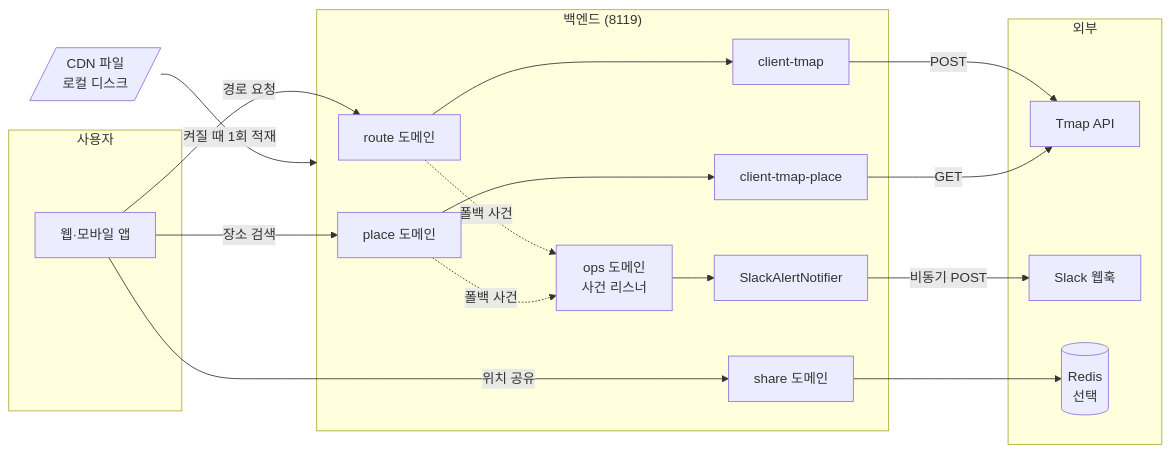
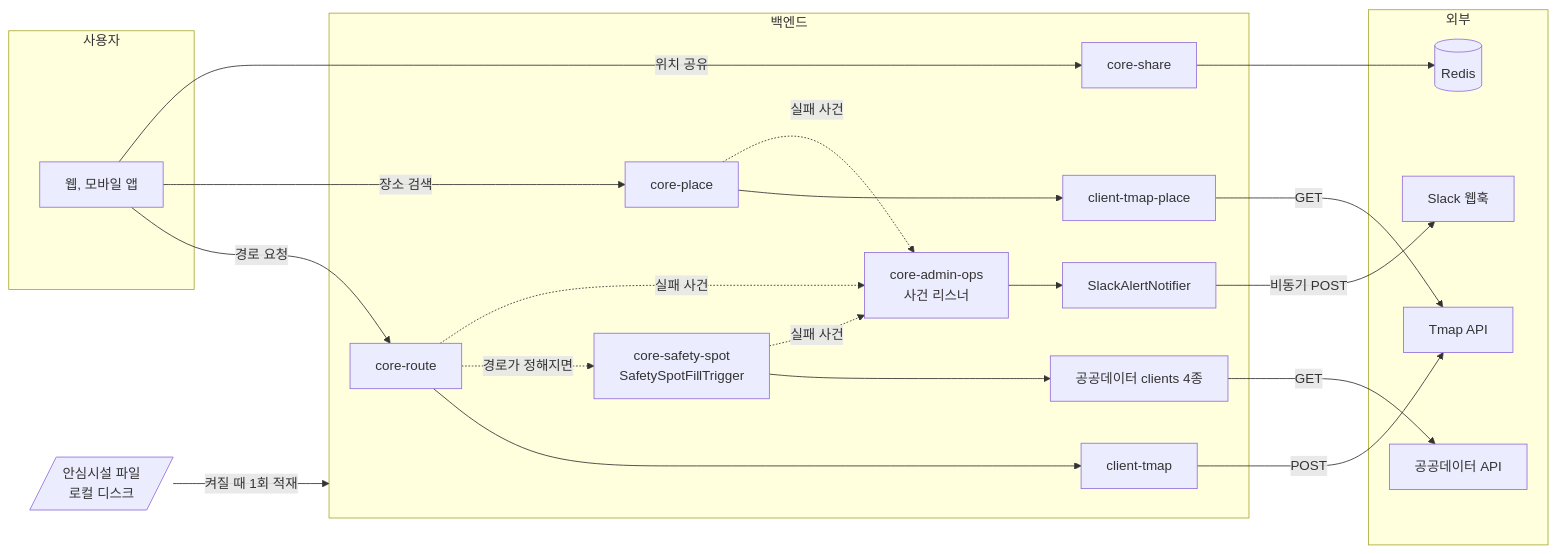
Before and after one commit to soo-ai-agent/bueongi-backend: the first of 3 diagrams in docs/EXTERNAL_SERVICES.md, drawn with Mermaid. The commit also changed other lines of this file and 1 other file, not shown here.

````diff
--- a/docs/EXTERNAL_SERVICES.md
+++ b/docs/EXTERNAL_SERVICES.md
@@ -23,29 +37,34 @@
 ```mermaid
 flowchart LR
     subgraph 사용자
-        FE[웹·모바일 앱]
+        FE[웹, 모바일 앱]
     end
-    subgraph 백엔드["백엔드 (8119)"]
-        RC[route 도메인]
-        PC[place 도메인]
-        SH[share 도메인]
-        OPS[ops 도메인<br/>사건 리스너]
+    subgraph 백엔드["백엔드"]
+        RC[core-route]
+        PC[core-place]
+        SH[core-share]
+        SS[core-safety-spot<br/>SafetySpotFillTrigger]
+        OPS[core-admin-ops<br/>사건 리스너]
         TM[client-tmap]
         TP[client-tmap-place]
+        PUB[공공데이터 clients 4종]
         SN[SlackAlertNotifier]
     end
     subgraph 외부
         TMAP[Tmap API]
+        GOV[공공데이터 API]
         SLACK[Slack 웹훅]
-        REDIS[(Redis<br/>선택)]
+        REDIS[(Redis)]
     end
-    CDN[/CDN 파일<br/>로컬 디스크/]
+    FILES[/안심시설 파일<br/>로컬 디스크/]
 
     FE -->|경로 요청| RC --> TM -->|POST| TMAP
+    RC -. 경로가 정해지면 .-> SS --> PUB -->|GET| GOV
     FE -->|장소 검색| PC --> TP -->|GET| TMAP
     FE -->|위치 공유| SH --> REDIS
-    RC -. 폴백 사건 .-> OPS
-    PC -. 폴백 사건 .-> OPS
+    RC -. 실패 사건 .-> OPS
+    PC -. 실패 사건 .-> OPS
+    SS -. 실패 사건 .-> OPS
     OPS --> SN -->|비동기 POST| SLACK
-    CDN -->|켜질 때 1회 적재| 백엔드
+    FILES -->|켜질 때 1회 적재| 백엔드
 ```
````
